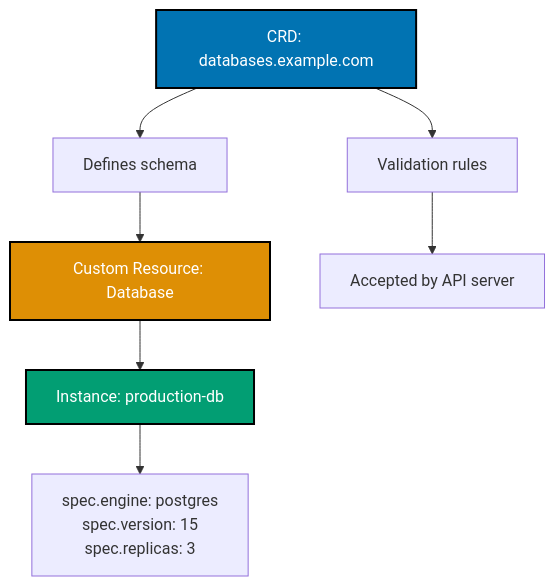
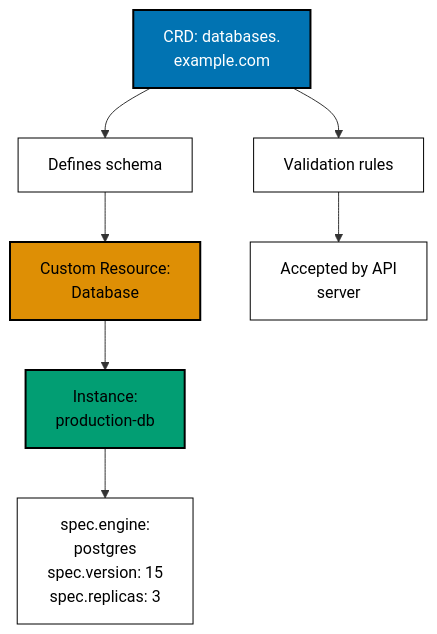
Before and after one commit to wahidyankf/ose-public: the fifth of 14 diagrams in apps/ayokoding-www/content/en/learn/legacy/software-engineering/infrastructure/tools/kubernetes/by-example/advanced.md, drawn with Mermaid. The commit also changed other lines of this file and 131 other files, not shown here.

First line of the commit message:
fix(mermaid): bring the legacy data, infrastructure, and testing diagrams onto the accessible palette

````diff
--- a/apps/ayokoding-www/content/en/learn/legacy/software-engineering/infrastructure/tools/kubernetes/by-example/advanced.md
+++ b/apps/ayokoding-www/content/en/learn/legacy/software-engineering/infrastructure/tools/kubernetes/by-example/advanced.md
@@ -1634,15 +1661,21 @@
 ```mermaid
 %% Color Palette: Blue #0173B2, Orange #DE8F05, Teal #029E73, Purple #CC78BC, Brown #CA9161
 %% CRD and custom resource relationship
 graph TD
- A[CRD: databases.example.com] --> B[Defines schema]
- B --> C[Custom Resource: Database]
- C --> D[Instance: production-db]
- D --> E[spec.engine: postgres<br/>spec.version: 15<br/>spec.replicas: 3]
+ accTitle: Example 69: Custom Resource Definition
+ accDescr: Graph with 7 nodes and 6 connections. Nodes: CRD: databases. example.com, Defines schema, Custom Resource: Database, Instance: production-db, spec.engine: postgres spec.version: 15 spec.replicas: 3, Validation rules, Accepted by API server. Connections: CRD: databases. example.com to Defines schema, Defines schema to Custom Resource: Database, Custom Resource: Database to Instance: production-db, Instance: production-db to spec.engine: postgres spec.version: 15 spec.replicas: 3, CRD: databases. example.com to Validation rules, Validation rules to Accepted by API server.
+ A[CRD: databases.<br/>example.com] --> B[Defines schema]
+ B --> C[Custom Resource:<br/>Database]
+ C --> D[Instance:<br/>production-db]
+ D --> E[spec.engine:<br/>postgres<br/>spec.version: 15<br/>spec.replicas: 3]
  A --> F[Validation rules]
- F --> G[Accepted by API server]
+ F --> G[Accepted by API<br/>server]
 
- style A fill:#0173B2,stroke:#000000,stroke-width:2px,color:#fff
- style C fill:#DE8F05,stroke:#000000,stroke-width:2px,color:#fff
- style D fill:#029E73,stroke:#000000,stroke-width:2px,color:#fff
+ classDef pal-0173B2 fill:#0173B2,stroke:#000000,color:#FFFFFF,stroke-width:2px
+ class A pal-0173B2
+ classDef pal-DE8F05 fill:#DE8F05,stroke:#000000,color:#000000,stroke-width:2px
+ class C pal-DE8F05
+ classDef pal-029E73 fill:#029E73,stroke:#000000,color:#000000,stroke-width:2px
+ class D pal-029E73
+ classDef default fill:#FFFFFF,stroke:#000000,color:#000000
 ```
````
